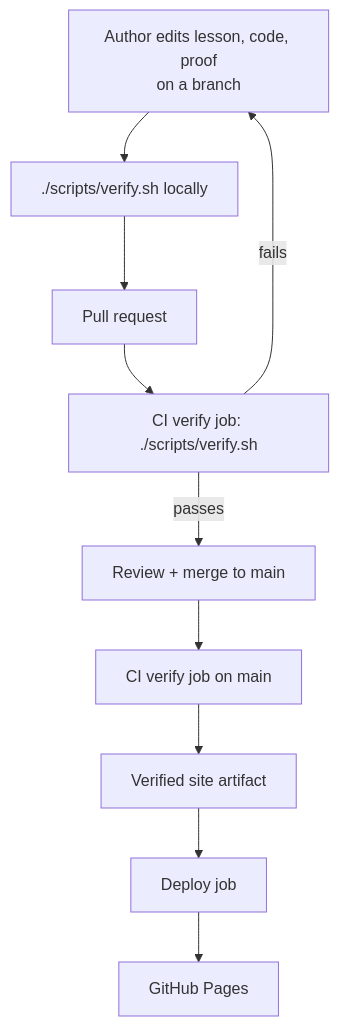
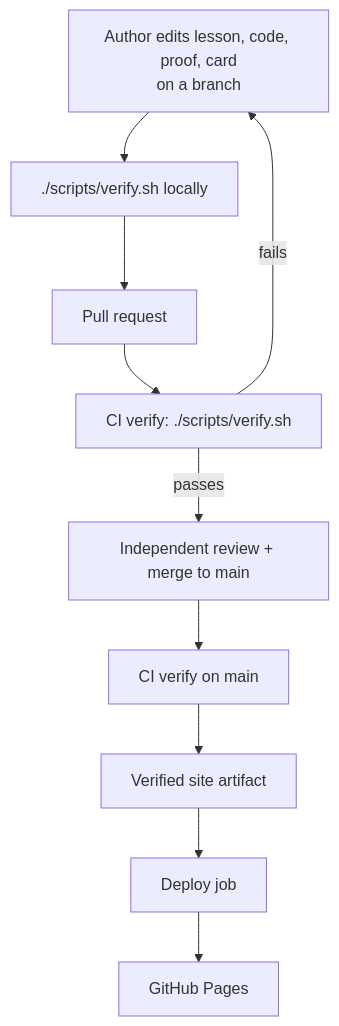
Before and after one commit to taspinar/physics-by-construction: the second of 2 diagrams in docs/architecture.md, drawn with Mermaid. The commit also changed other lines of this file and 13 other files, not shown here.

````diff
--- a/docs/architecture.md
+++ b/docs/architecture.md
@@ -178,11 +275,11 @@
 ```mermaid
 flowchart TD
-  author["Author edits lesson, code, proof<br/>on a branch"] --> local["./scripts/verify.sh locally"]
+  author["Author edits lesson, code, proof, card<br/>on a branch"] --> local["./scripts/verify.sh locally"]
   local --> pr["Pull request"]
-  pr --> ci["CI verify job: ./scripts/verify.sh"]
+  pr --> ci["CI verify: ./scripts/verify.sh"]
   ci -- fails --> author
-  ci -- passes --> review["Review + merge to main"]
-  review --> main["CI verify job on main"]
+  ci -- passes --> review["Independent review + merge to main"]
+  review --> main["CI verify on main"]
   main --> artifact["Verified site artifact"]
   artifact --> deploy["Deploy job"] --> pages["GitHub Pages"]
 ```
````
